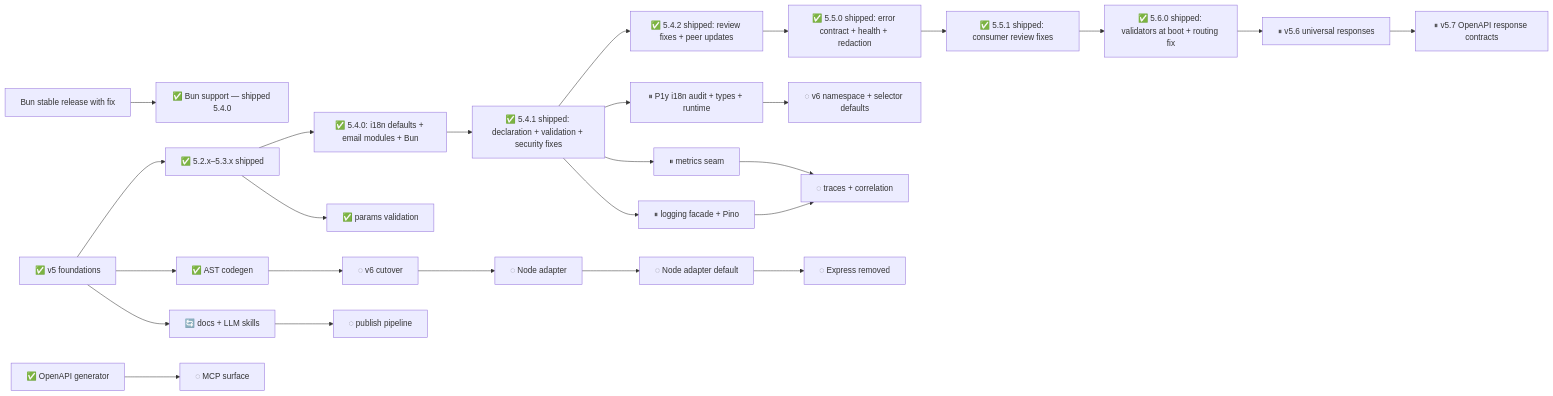
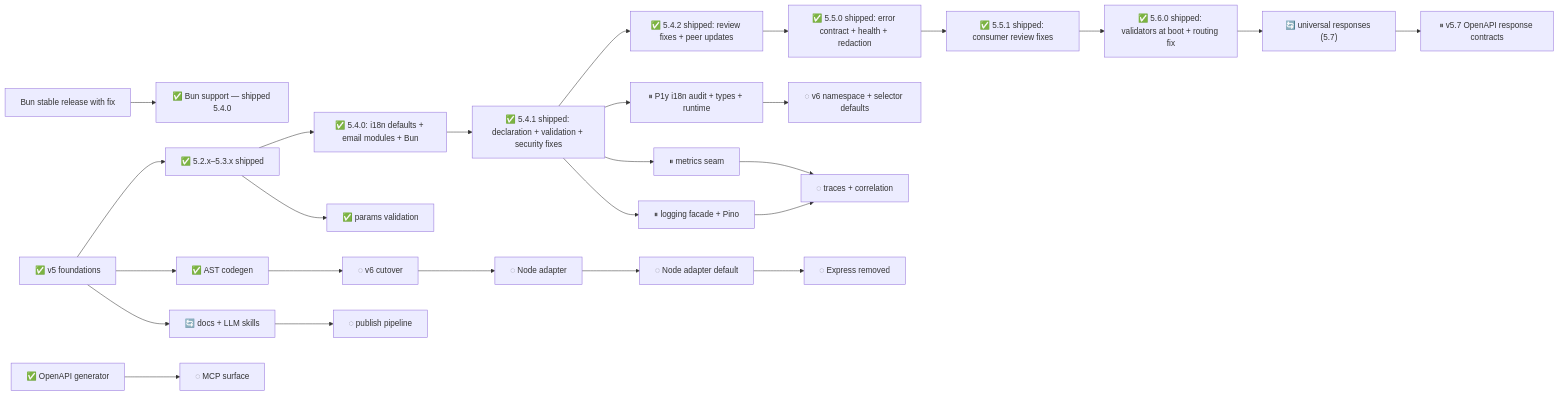
One commit to adaptivestone/framework changed the diagram in .plans/refactor/README.md. Above: the diagram before and after it, drawn with Mermaid. The commit also changed other lines of this file and 18 other files, not shown here.

````diff
--- a/.plans/refactor/README.md
+++ b/.plans/refactor/README.md
@@ -55,35 +55,35 @@
 ```mermaid
 flowchart LR
     Foundation["✅ v5 foundations"] --> Patch["✅ 5.2.x–5.3.x shipped"]
     Patch --> Released["✅ 5.4.0: i18n defaults + email modules + Bun"]
     Released --> Unreleased["✅ 5.4.1 shipped: declaration + validation + security fixes"]
 
     Unreleased --> Patch542["✅ 5.4.2 shipped: review fixes + peer updates"]
     Patch542 --> Minor550["✅ 5.5.0 shipped: error contract + health + redaction"]
     Minor550 --> Patch551["✅ 5.5.1 shipped: consumer review fixes"]
     Patch551 --> Minor560["✅ 5.6.0 shipped: validators at boot + routing fix"]
-    Minor560 --> Responses["⏸ v5.6 universal responses"]
+    Minor560 --> Responses["🔄 universal responses (5.7)"]
     Responses --> OpenAPI["⏸ v5.7 OpenAPI response contracts"]
 
     BunRelease["Bun stable release with fix"] --> BunSupport["✅ Bun support — shipped 5.4.0"]
 
     Unreleased --> I18nV5["⏸ P1y i18n audit + types + runtime"]
     I18nV5 --> I18nV6["◌ v6 namespace + selector defaults"]
 
     Foundation --> Codegen["✅ AST codegen"]
     Codegen --> V6["◌ v6 cutover"]
     V6 --> NodeAdapter["◌ Node adapter"]
     NodeAdapter --> DefaultNode["◌ Node adapter default"]
     DefaultNode --> DropExpress["◌ Express removed"]
 
     Foundation --> Docs["🔄 docs + LLM skills"]
     Docs --> Publish["◌ publish pipeline"]
 
     Patch --> Params["✅ params validation"]
     Unreleased --> Metrics["⏸ metrics seam"]
     Unreleased --> Logging["⏸ logging facade + Pino"]
     Logging --> Observability["◌ traces + correlation"]
     Metrics --> Observability
 
     OpenAPIGen["✅ OpenAPI generator"] --> MCP["◌ MCP surface"]
 ```
````
